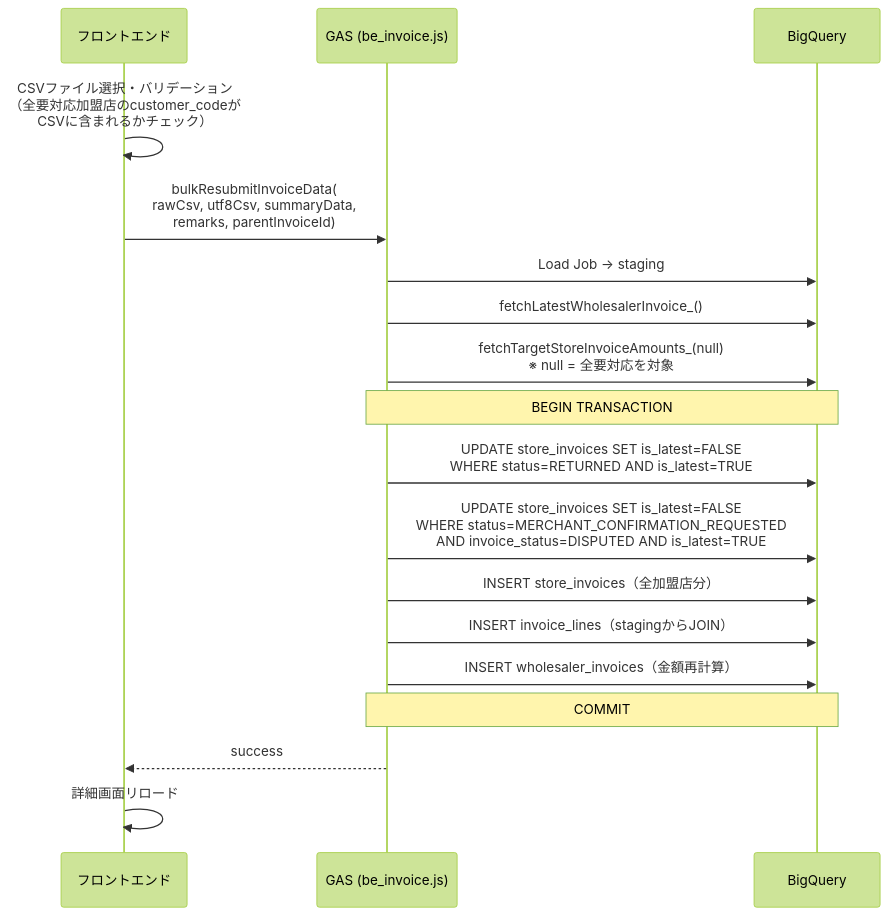
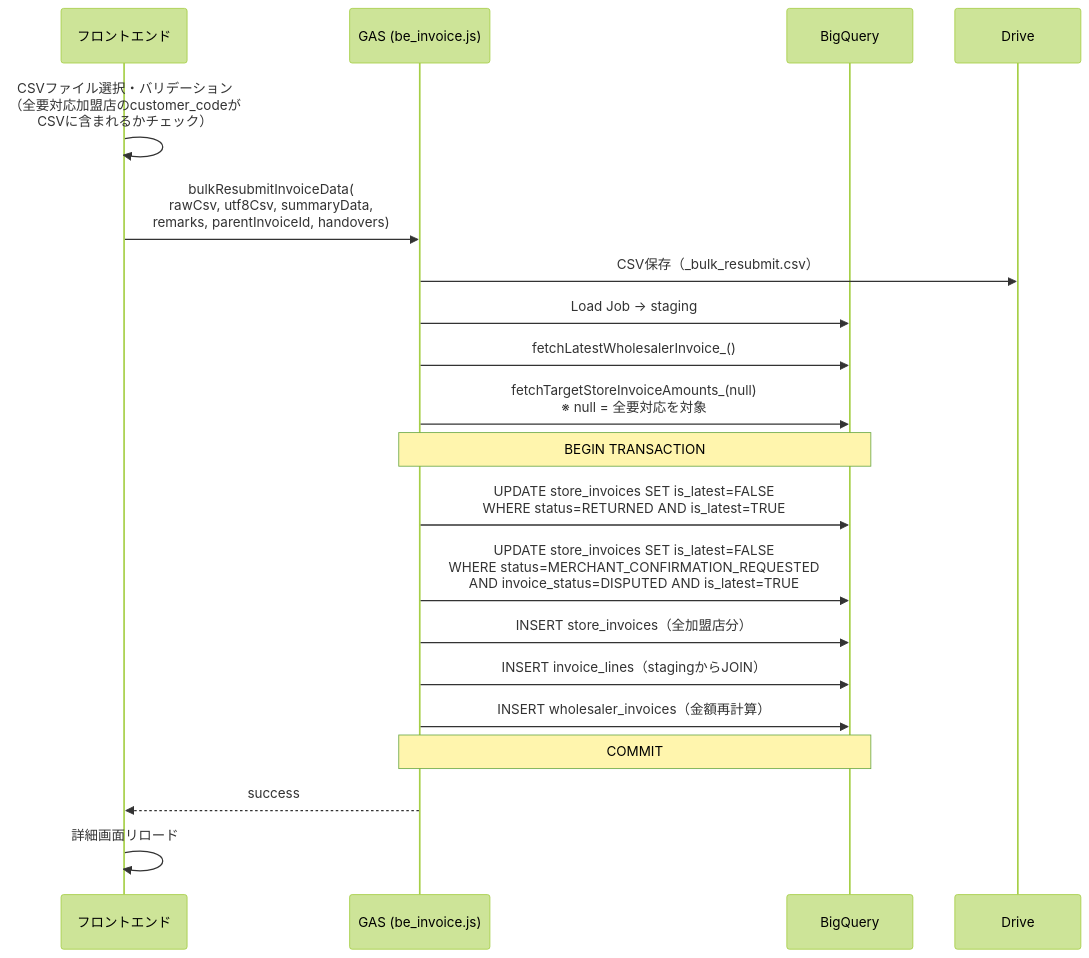
The fourth of 7 diagrams in docs/PR_作業まとめ_MYP-3433.md (USEN-PAY-Products/connect-wholesale-gas-poc), drawn with Mermaid (forest theme) before and after one commit.

Commit message:
ドキュメント修正

````diff
--- a/docs/PR_作業まとめ_MYP-3433.md
+++ b/docs/PR_作業まとめ_MYP-3433.md
@@ -137,24 +137,25 @@
 ```mermaid
 sequenceDiagram
     participant FE as フロントエンド
     participant GAS as GAS (be_invoice.js)
     participant BQ as BigQuery
 
     FE->>FE: CSVファイル選択・バリデーション<br/>（全要対応加盟店のcustomer_codeが<br/>CSVに含まれるかチェック）
-    FE->>GAS: bulkResubmitInvoiceData(<br/>rawCsv, utf8Csv, summaryData,<br/>remarks, parentInvoiceId)
+    FE->>GAS: bulkResubmitInvoiceData(<br/>rawCsv, utf8Csv, summaryData,<br/>remarks, parentInvoiceId, handovers)
 
+    GAS->>Drive: CSV保存（_bulk_resubmit.csv）
     GAS->>BQ: Load Job → staging
     GAS->>BQ: fetchLatestWholesalerInvoice_()
     GAS->>BQ: fetchTargetStoreInvoiceAmounts_(null)<br/>※ null = 全要対応を対象
 
     Note over GAS,BQ: BEGIN TRANSACTION
     GAS->>BQ: UPDATE store_invoices SET is_latest=FALSE<br/>WHERE status=RETURNED AND is_latest=TRUE
     GAS->>BQ: UPDATE store_invoices SET is_latest=FALSE<br/>WHERE status=MERCHANT_CONFIRMATION_REQUESTED<br/>AND invoice_status=DISPUTED AND is_latest=TRUE
     GAS->>BQ: INSERT store_invoices（全加盟店分）
     GAS->>BQ: INSERT invoice_lines（stagingからJOIN）
     GAS->>BQ: INSERT wholesaler_invoices（金額再計算）
     Note over GAS,BQ: COMMIT
 
     GAS-->>FE: success
     FE->>FE: 詳細画面リロード
 ```
````
